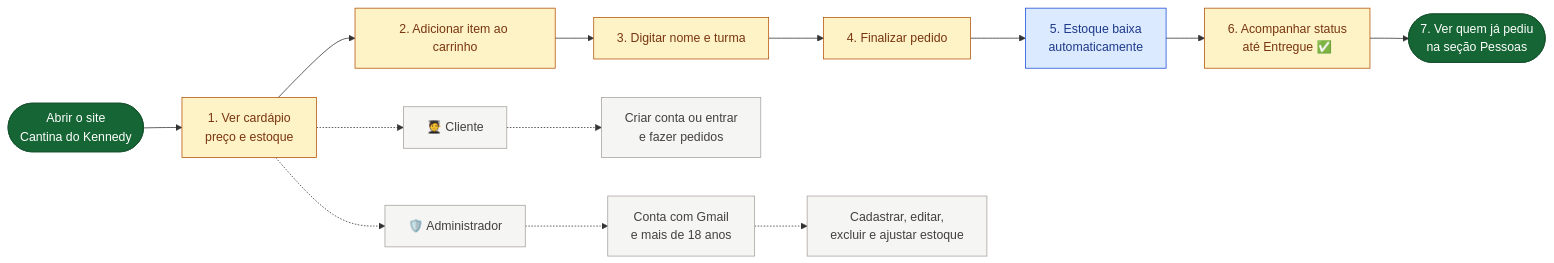
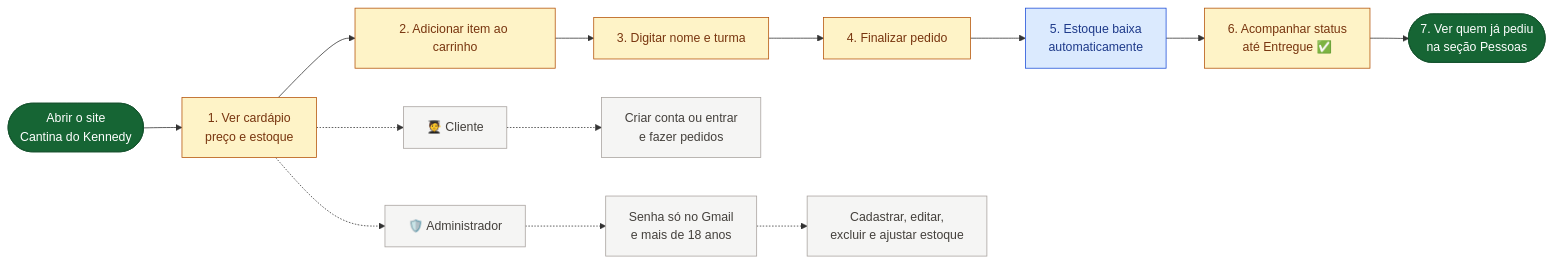
One commit to afonsomiguel700/cantina-kennedy changed the diagram in fluxograma-simples.md. Above: the diagram before and after it, drawn with Mermaid. The commit also changed 9 other files, not shown here.

Commit message:
Mostra senha do administrador somente no Gmail

````diff
--- a/fluxograma-simples.md
+++ b/fluxograma-simples.md
@@ -12,28 +12,28 @@
 ```mermaid
 flowchart LR
     A(["Abrir o site<br/>Cantina do Kennedy"])
     B["1. Ver cardápio<br/>preço e estoque"]
     C["2. Adicionar item ao carrinho"]
     D["3. Digitar nome e turma"]
     E["4. Finalizar pedido"]
     F["5. Estoque baixa<br/>automaticamente"]
     G["6. Acompanhar status<br/>até Entregue ✅"]
     H(["7. Ver quem já pediu<br/>na seção Pessoas"])
 
     A --> B --> C --> D --> E --> F --> G --> H
 
     B -.-> I["🧑‍🎓 Cliente"]
     I -.-> J["Criar conta ou entrar<br/>e fazer pedidos"]
     B -.-> L["🛡️ Administrador"]
-    L -.-> M["Conta com Gmail<br/>e mais de 18 anos"]
+    L -.-> M["Senha só no Gmail<br/>e mais de 18 anos"]
     M -.-> K["Cadastrar, editar,<br/>excluir e ajustar estoque"]
 
     classDef inicio fill:#166534,stroke:#14532d,color:#ffffff;
     classDef acao fill:#fef3c7,stroke:#b45309,color:#78350f;
     classDef salvo fill:#dbeafe,stroke:#1d4ed8,color:#1e3a8a;
     classDef extra fill:#f5f5f4,stroke:#a8a29e,color:#44403c;
     class A,H inicio;
     class B,C,D,E,G acao;
     class F salvo;
     class I,J,L,M,K extra;
 ```
````
